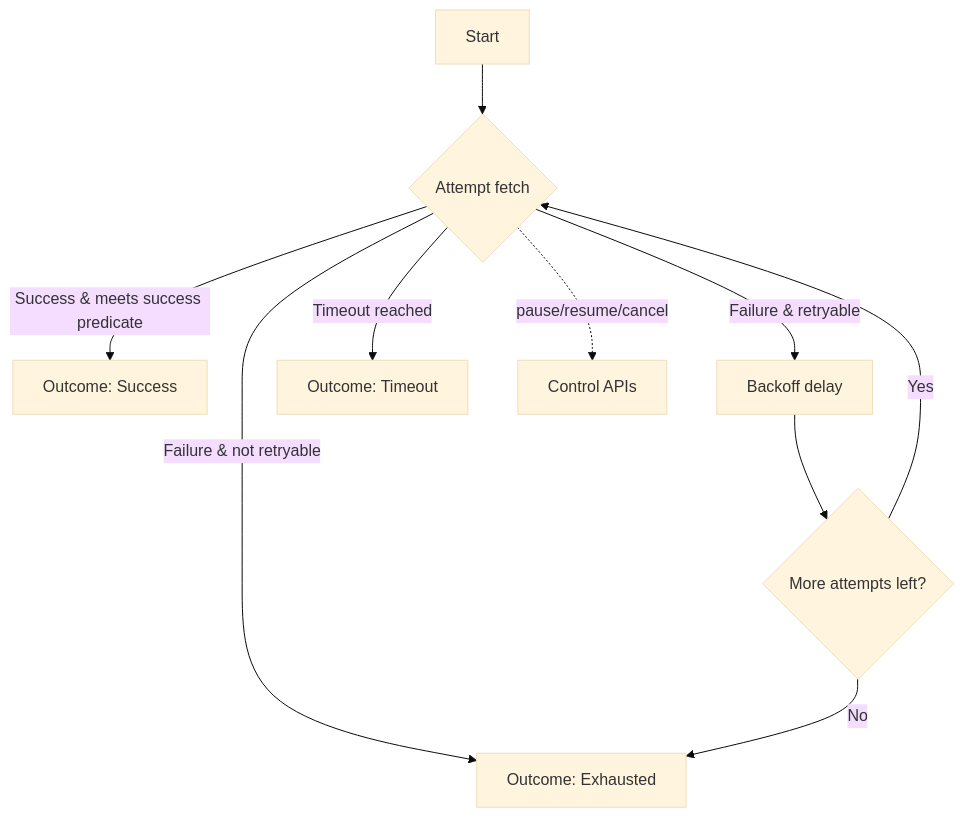
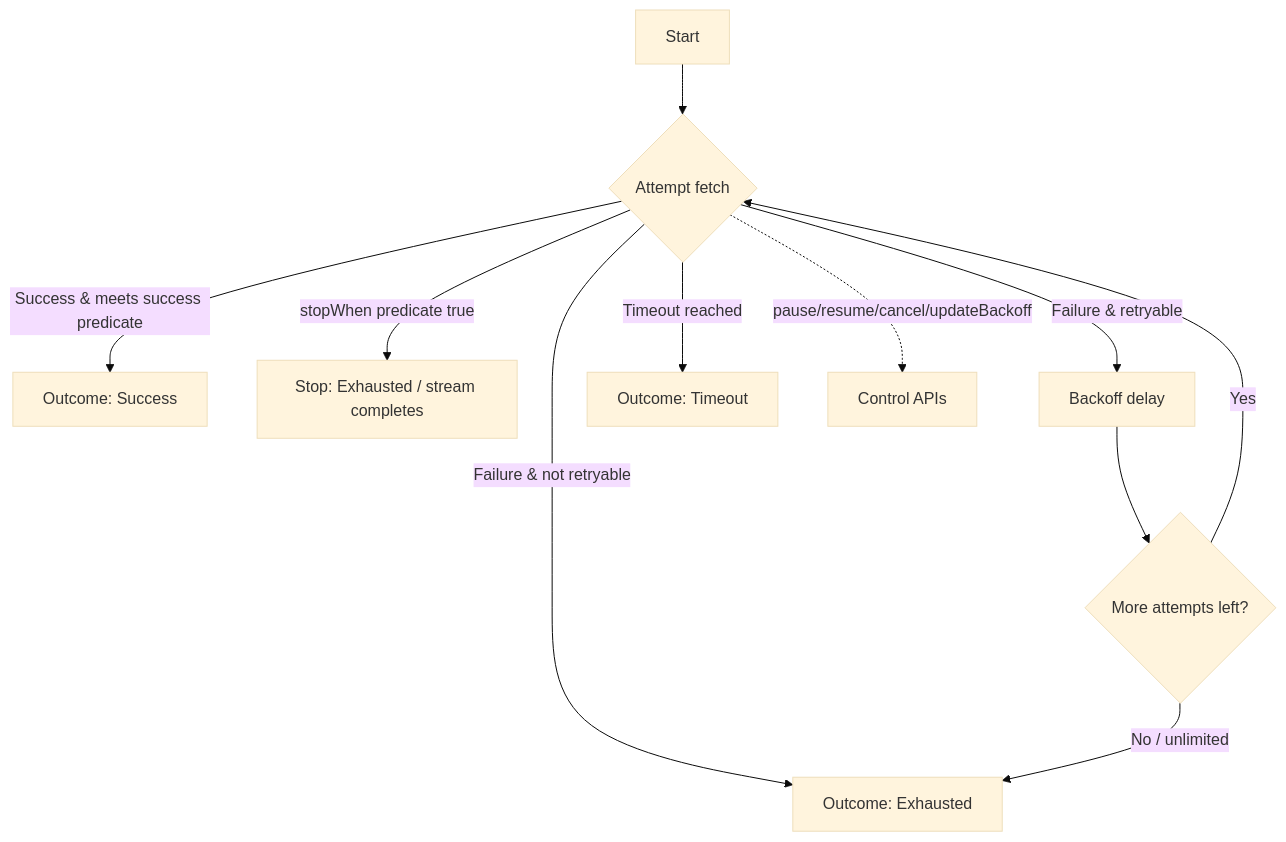
The diagram in README.md (bosankus/PollingEngine), drawn with Mermaid (base theme) before and after one commit. The commit also changed other lines of this file and 26 other files, not shown here.

````diff
--- a/README.md
+++ b/README.md
@@ -20,13 +21,14 @@
 ```mermaid
 flowchart TD
     A[Start] --> B{Attempt fetch}
     B -->|Success & meets success predicate| C[Outcome: Success]
+    B -->|stopWhen predicate true| I[Stop: Exhausted / stream completes]
     B -->|Failure & retryable| D[Backoff delay]
     B -->|Failure & not retryable| E[Outcome: Exhausted]
     B -->|Timeout reached| F[Outcome: Timeout]
     D --> G{More attempts left?}
     G -->|Yes| B
-    G -->|No| E
+    G -->|No / unlimited| E
     %% External control
-    B -. pause/resume/cancel .-> H[Control APIs]
+    B -. pause/resume/cancel/updateBackoff .-> H[Control APIs]
 ```
````
